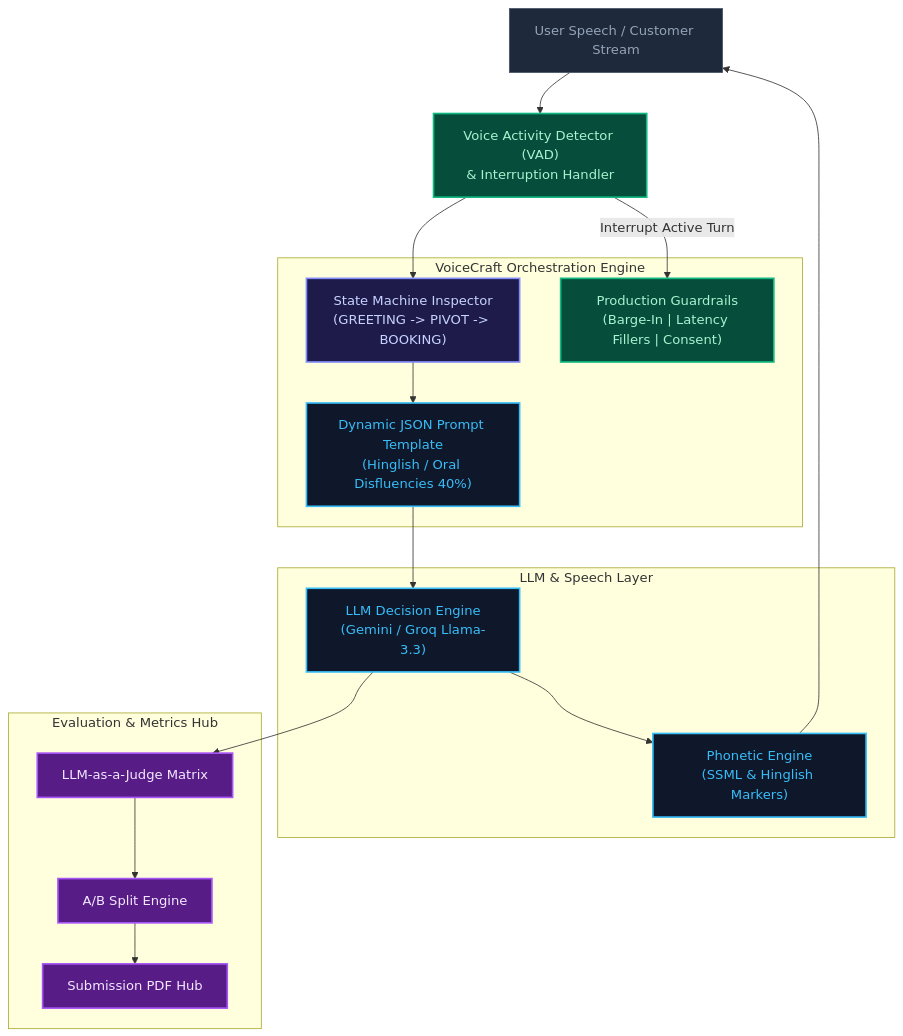
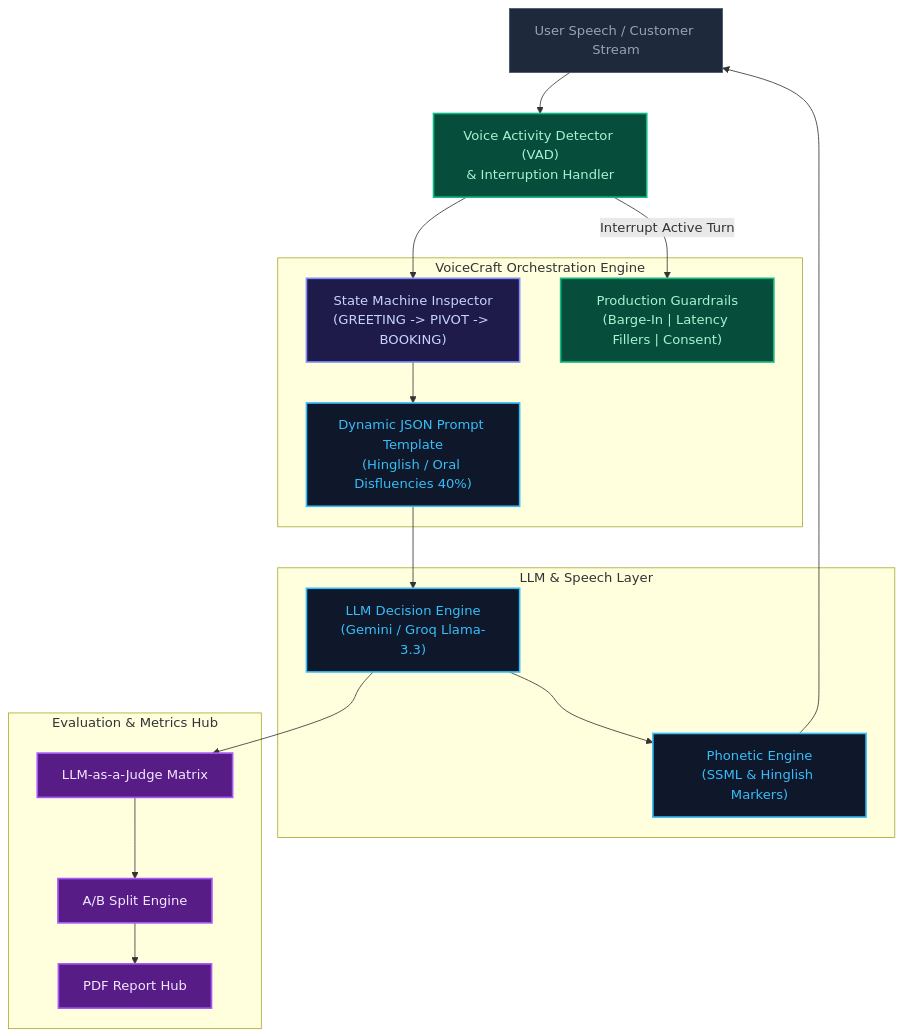
Before and after one commit to sanket9673/Thinkly_AI: the first of 2 diagrams in README.md, drawn with Mermaid. The commit also changed other lines of this file and 10 other files, not shown here.

````diff
--- a/README.md
+++ b/README.md
@@ -51,40 +51,40 @@
 ```mermaid
 graph TD;
     classDef client fill:#1e293b,stroke:#475569,stroke-width:1px,color:#94a3b8;
     classDef state fill:#1e1b4b,stroke:#818cf8,stroke-width:2px,color:#c7d2fe;
     classDef engine fill:#0f172a,stroke:#38bdf8,stroke-width:2px,color:#38bdf8;
     classDef guard fill:#064e3b,stroke:#10b981,stroke-width:2px,color:#a7f3d0;
     classDef eval fill:#581c87,stroke:#a855f7,stroke-width:2px,color:#f3e8ff;
 
     Caller["User Speech / Customer Stream"]:::client
     VAD["Voice Activity Detector (VAD)<br>& Interruption Handler"]:::guard
 
     subgraph VoiceCraftEngine ["VoiceCraft Orchestration Engine"]
         StateInspector["State Machine Inspector<br>(GREETING -> PIVOT -> BOOKING)"]:::state
         PromptTemplate["Dynamic JSON Prompt Template<br>(Hinglish / Oral Disfluencies 40%)"]:::engine
         Guardrails["Production Guardrails<br>(Barge-In | Latency Fillers | Consent)"]:::guard
     end
 
     subgraph LLMAndTTS ["LLM & Speech Layer"]
         LLM["LLM Decision Engine<br>(Gemini / Groq Llama-3.3)"]:::engine
         TTSPhonetics["Phonetic Engine<br>(SSML & Hinglish Markers)"]:::engine
     end
 
     subgraph EvaluationSuite ["Evaluation & Metrics Hub"]
         LLMJudge["LLM-as-a-Judge Matrix"]:::eval
         ABSplit["A/B Split Engine"]:::eval
-        PDFDoc["Submission PDF Hub"]:::eval
+        PDFDoc["PDF Report Hub"]:::eval
     end
 
     %% Execution Connections
     Caller --> VAD
     VAD -- "Interrupt Active Turn" --> Guardrails
     VAD --> StateInspector
     StateInspector --> PromptTemplate
     PromptTemplate --> LLM
     LLM --> TTSPhonetics
     TTSPhonetics --> Caller
     LLM --> LLMJudge
     LLMJudge --> ABSplit
     ABSplit --> PDFDoc
 ```
````
